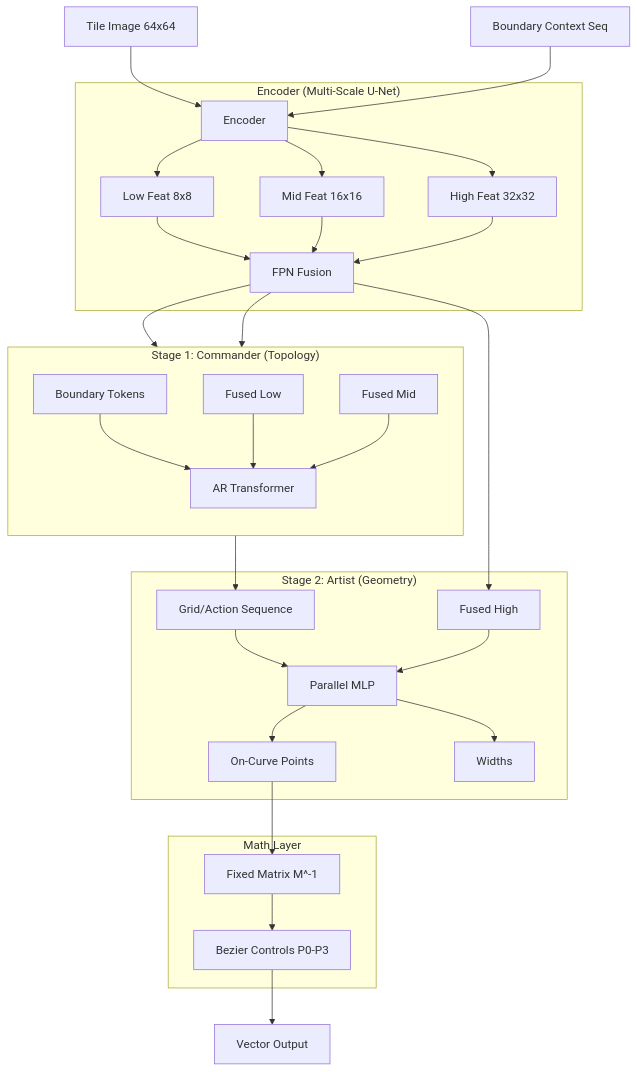
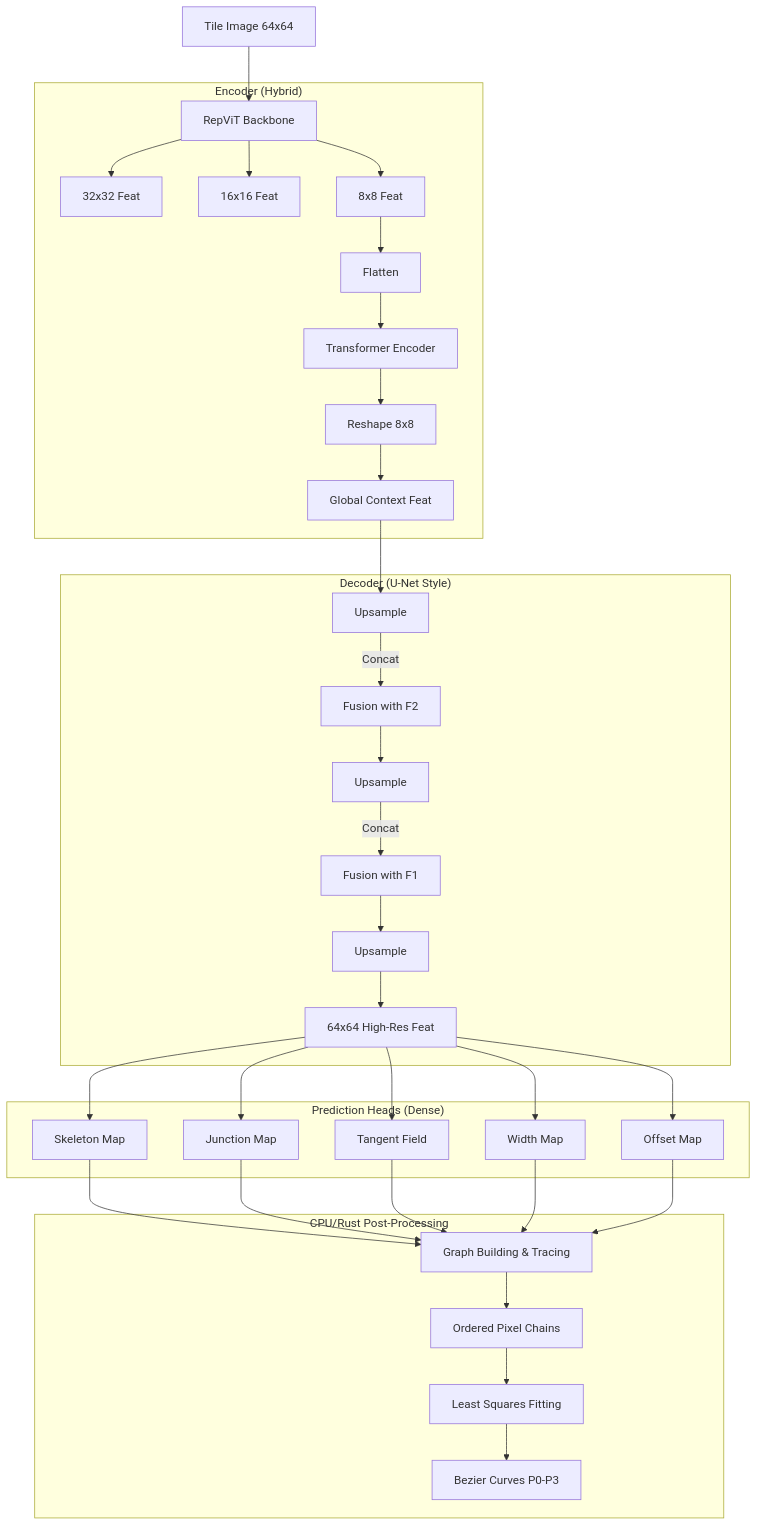
The diagram in ARCHITECTURE.md (Fuwaki/InkTrace), drawn with Mermaid before and after one commit. The commit also changed other lines of this file and 2 other files, not shown here.

Commit message:
最小的热力图拟合方案开始

````diff
--- a/ARCHITECTURE.md
+++ b/ARCHITECTURE.md
@@ -49,41 +31,39 @@
 ```mermaid
 graph TD
-    Input[Tile Image 64x64] --> Encoder
-    Boundary[Boundary Context Seq] --> Encoder
+    Input[Tile Image 64x64] --> RepViT
     
-    subgraph "Encoder (Multi-Scale U-Net)"
-        Encoder --> F1[High Feat 32x32]
-        Encoder --> F2[Mid Feat 16x16]
-        Encoder --> F3[Low Feat 8x8]
-        F3 --> FPN[FPN Fusion]
-        F2 --> FPN
-        F1 --> FPN
+    subgraph "Encoder (Hybrid)"
+        RepViT[RepViT Backbone] --> F1[32x32 Feat]
+        RepViT --> F2[16x16 Feat]
+        RepViT --> F3[8x8 Feat]
+        
+        F3 --> Flatten[Flatten]
+        Flatten --> Trans[Transformer Encoder]
+        Trans --> Reshape[Reshape 8x8]
+        Reshape --> F3_Enhanced[Global Context Feat]
     end
     
-    FPN --> F_Low[Fused Low]
-    FPN --> F_Mid[Fused Mid]
-    FPN --> F_High[Fused High]
-    
-    subgraph "Stage 1: Commander (Topology)"
-        direction TB
-        BoundTok[Boundary Tokens] --> GPT
-        F_Low --> GPT[AR Transformer]
-        F_Mid --> GPT
+    subgraph "Decoder (U-Net Style)"
+        F3_Enhanced --> Up1[Upsample]
+        Up1 -- Concat --> Fusion1[Fusion with F2]
+        Fusion1 --> Up2[Upsample]
+        Up2 -- Concat --> Fusion2[Fusion with F1]
+        Fusion2 --> Up3[Upsample]
+        Up3 --> FinalFeat[64x64 High-Res Feat]
     end
     
-    GPT --> GridSeq[Grid/Action Sequence]
-    
-    subgraph "Stage 2: Artist (Geometry)"
-        GridSeq --> MLP[Parallel MLP]
-        F_High --> MLP
-        MLP --> OnCurve[On-Curve Points]
-        MLP --> Widths[Widths]
+    subgraph "Prediction Heads (Dense)"
+        FinalFeat --> H1[Skeleton Map]
+        FinalFeat --> H2[Junction Map]
+        FinalFeat --> H3[Tangent Field]
+        FinalFeat --> H4[Width Map]
+        FinalFeat --> H5[Offset Map]
     end
     
-    subgraph "Math Layer"
-        OnCurve --> Matrix[Fixed Matrix M^-1]
-        Matrix --> Bezier[Bezier Controls P0-P3]
+    subgraph "CPU/Rust Post-Processing"
+        H1 & H2 & H3 & H4 & H5 --> GraphAlgo[Graph Building & Tracing]
+        GraphAlgo --> PixelChain[Ordered Pixel Chains]
+        PixelChain --> LeastSquares[Least Squares Fitting]
+        LeastSquares --> Bezier[Bezier Curves P0-P3]
     end
-    
-    Bezier --> Output[Vector Output]
 ```
````
